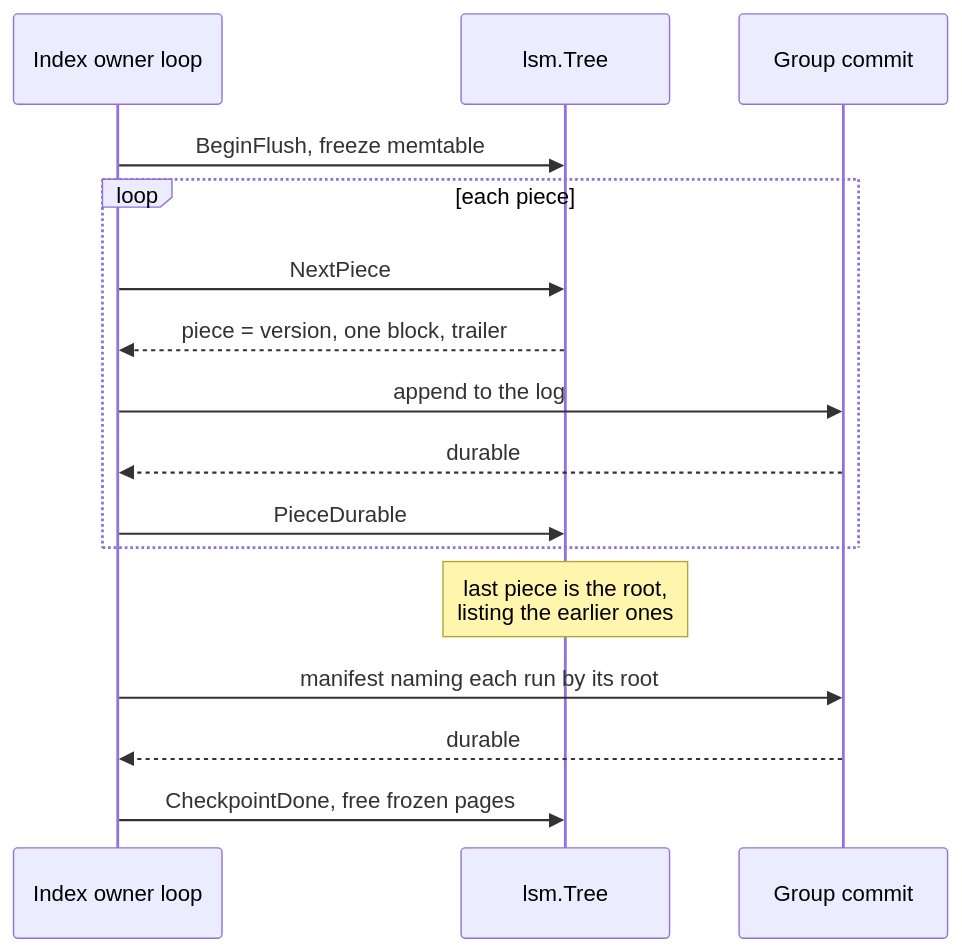
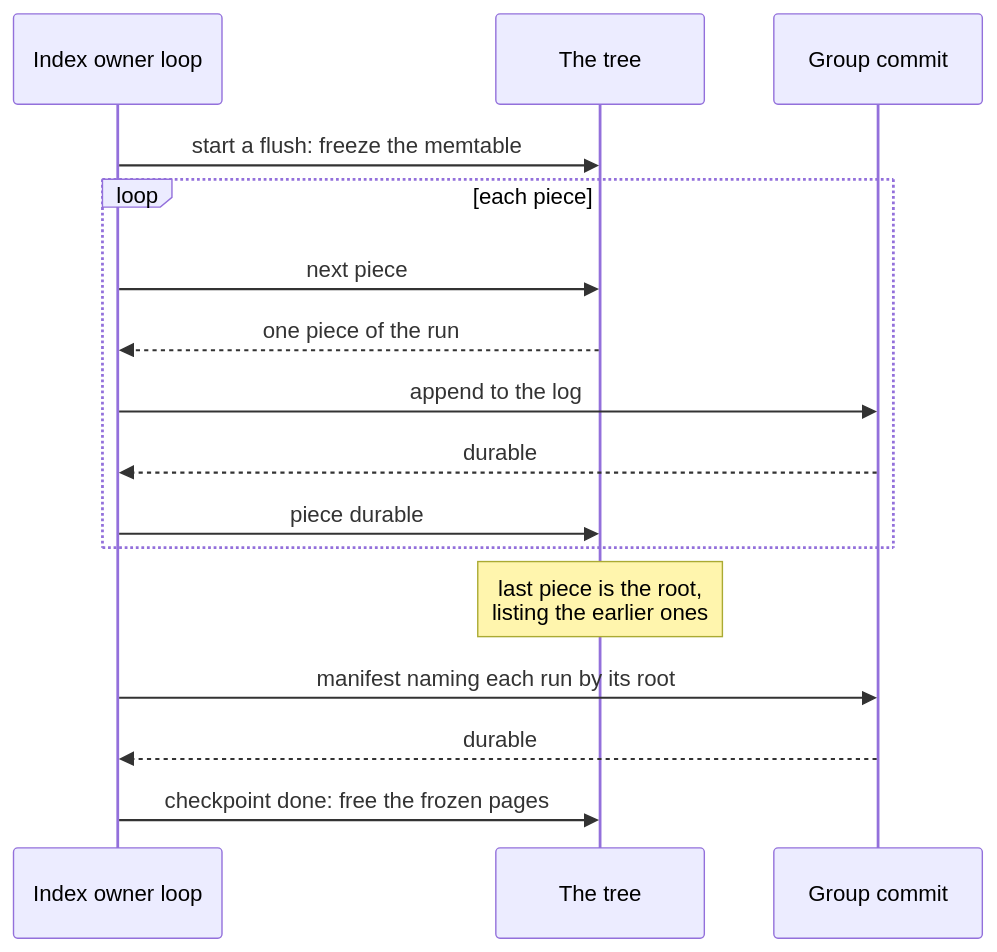
One commit to nvcnvn/rock-solid changed the second of 3 diagrams in blogs/06-the-lsm-tree.md. Above: the diagram before and after it, drawn with Mermaid. The commit also changed other lines of this file, not shown here.

````diff
--- a/blogs/06-the-lsm-tree.md
+++ b/blogs/06-the-lsm-tree.md
@@ -246,18 +238,18 @@
 ```mermaid
 sequenceDiagram
     participant O as Index owner loop
-    participant T as lsm.Tree
+    participant T as The tree
     participant G as Group commit
-    O->>T: BeginFlush, freeze memtable
+    O->>T: start a flush: freeze the memtable
     loop each piece
-        O->>T: NextPiece
-        T-->>O: piece = version, one block, trailer
+        O->>T: next piece
+        T-->>O: one piece of the run
         O->>G: append to the log
         G-->>O: durable
-        O->>T: PieceDurable
+        O->>T: piece durable
     end
     Note over T: last piece is the root,<br/>listing the earlier ones
     O->>G: manifest naming each run by its root
     G-->>O: durable
-    O->>T: CheckpointDone, free frozen pages
+    O->>T: checkpoint done: free the frozen pages
 ```
````
